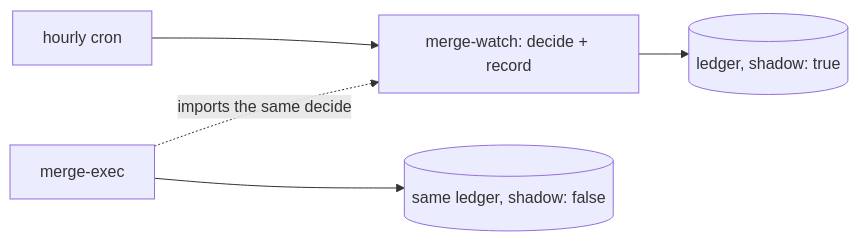
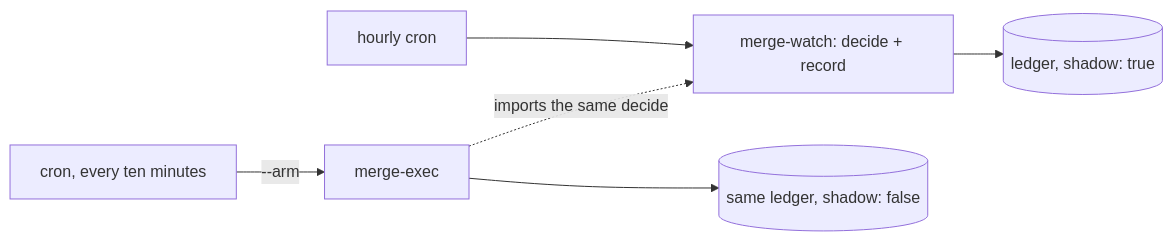
Before and after one commit to mxwerk/mxwerk.github.io: the diagram in content/wiki/harness/concepts/shadow-before-authority.md, drawn with Mermaid. The commit also changed other lines of this file and 9 other files, not shown here.

````diff
--- a/content/wiki/harness/concepts/shadow-before-authority.md
+++ b/content/wiki/harness/concepts/shadow-before-authority.md
@@ -37,7 +47,8 @@
 ```mermaid
 flowchart LR
   cron[hourly cron] --> W[merge-watch: decide + record]
   W --> L[(ledger, shadow: true)]
-  X[merge-exec] -. imports the same decide .-> W
+  cron2[cron, every ten minutes] -->|"--arm"| X[merge-exec]
+  X -. imports the same decide .-> W
   X --> L2[(same ledger, shadow: false)]
 ```
````
